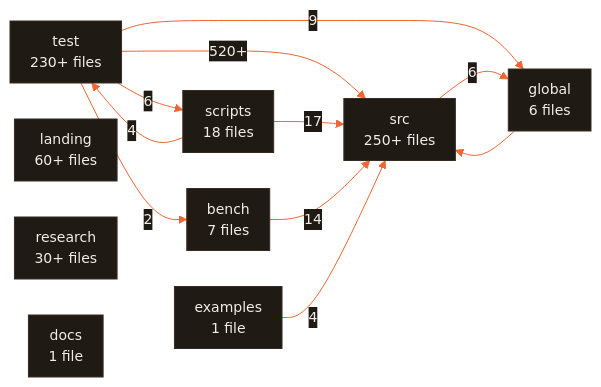
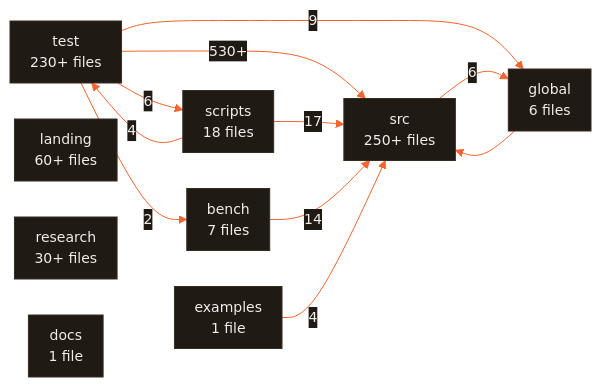
One commit to CodeWithJuber/forgekit changed the diagram in ARCHITECTURE.md. Above: the diagram before and after it, drawn with Mermaid.

Commit message:
docs: refresh the generated repo map after merging master
Claude-Session: https://claude.ai/code/session_01XX5u5PAsKhVe5Hne4UMgFr

````diff
--- a/ARCHITECTURE.md
+++ b/ARCHITECTURE.md
@@ -700,23 +700,23 @@
 ```mermaid
 %%{init: {'theme':'base','themeVariables':{'primaryColor':'#201a15','primaryTextColor':'#f2ede7','primaryBorderColor':'#372c22','lineColor':'#f26430','secondaryColor':'#272019','tertiaryColor':'#171310','edgeLabelBackground':'#201a15','clusterBkg':'#171310','clusterBorder':'#4a3b2e','fontFamily':'ui-sans-serif, system-ui, sans-serif','fontSize':'14px'},'flowchart':{'curve':'basis','padding':10,'nodeSpacing':36,'rankSpacing':44}}}%%
 flowchart LR
   src["src<br/>250+ files"]
   test["test<br/>230+ files"]
   landing["landing<br/>60+ files"]
   research["research<br/>30+ files"]
   scripts["scripts<br/>18 files"]
   bench["bench<br/>7 files"]
   global["global<br/>6 files"]
   docs["docs<br/>1 file"]
   examples["examples<br/>1 file"]
-  test -- 520+ --> src
+  test -- 530+ --> src
   scripts -- 17 --> src
   bench -- 14 --> src
   test -- 9 --> global
   src -- 6 --> global
   test -- 6 --> scripts
   examples -- 4 --> src
   scripts -- 4 --> test
   test -- 2 --> bench
   global --> src
 ```
````
